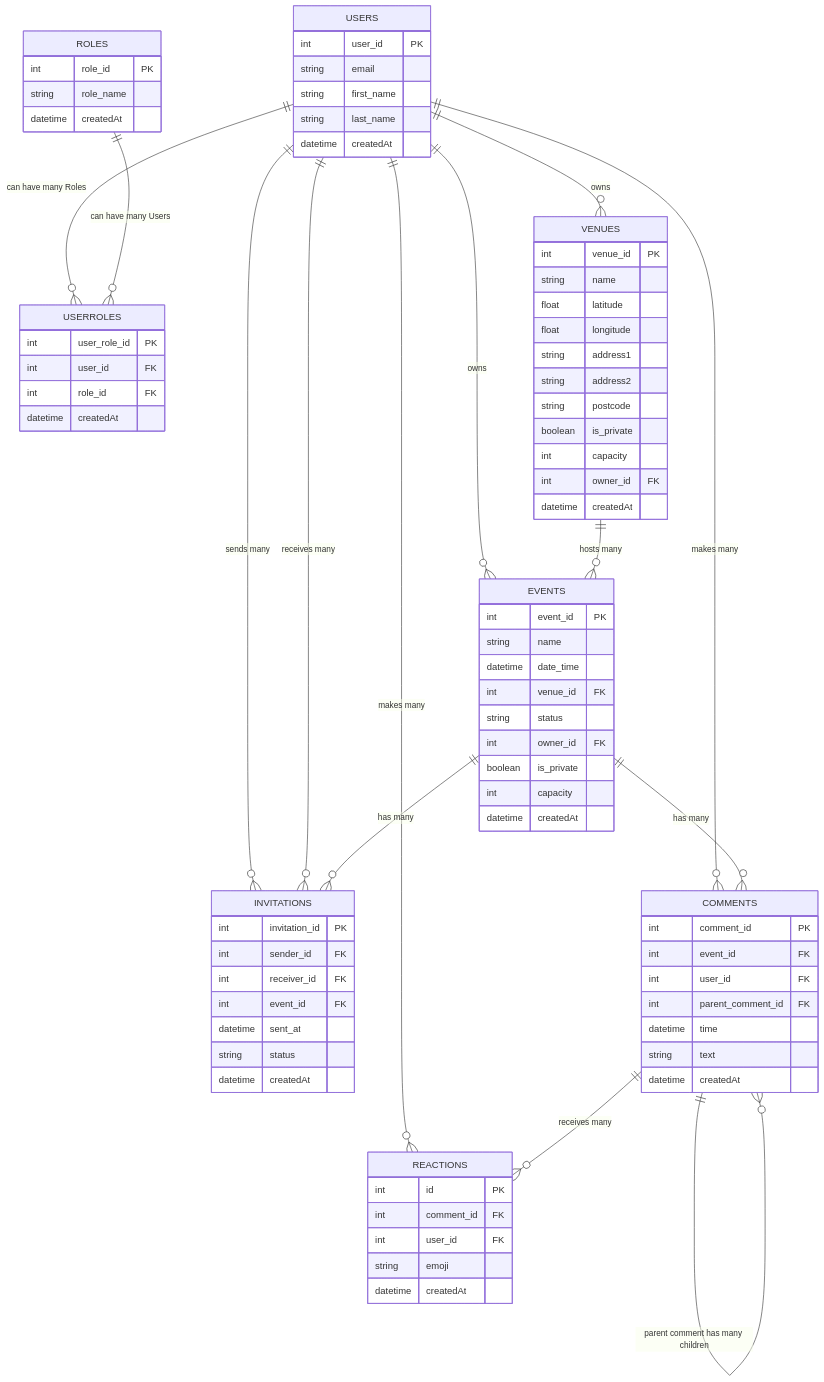
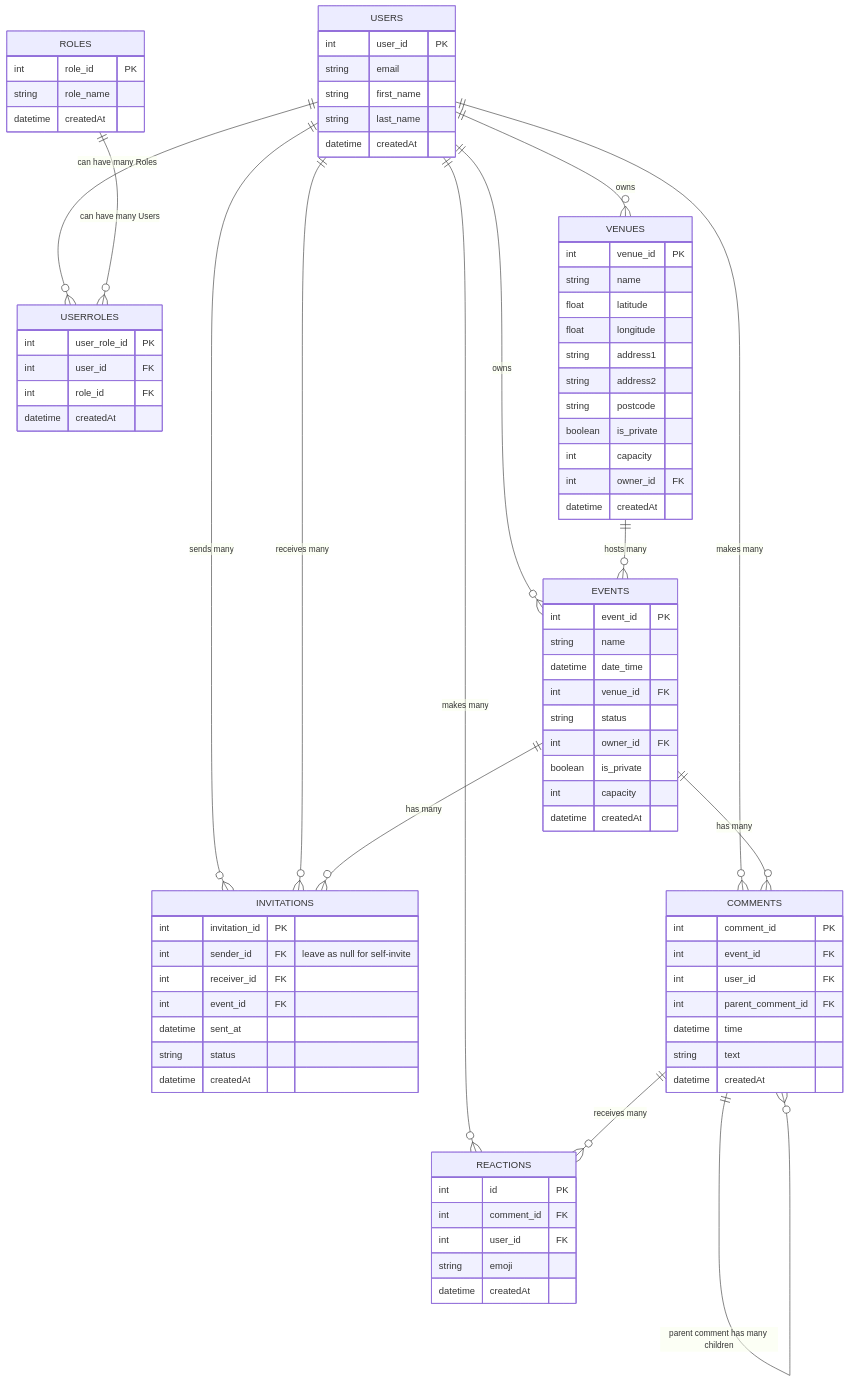
One commit to rossmawd/silver-spoon changed the diagram in relational-db-mark-one.mermaid. Above: the diagram before and after it, drawn with Mermaid.

Commit message:
added comment to explain 'self-invite'

```diff
--- a/relational-db-mark-one.mermaid
+++ b/relational-db-mark-one.mermaid
@@ -1,90 +1,90 @@
 erDiagram
 
     USERS {
         int user_id PK
         string email
         string first_name
         string last_name
         datetime createdAt
     }
     
     ROLES {
         int role_id PK
         string role_name
         datetime createdAt
     }
     
     USERROLES {
         int user_role_id PK
         int user_id FK
         int role_id FK
         datetime createdAt
     }
     
     EVENTS {
         int event_id PK
         string name
         datetime date_time
         int venue_id FK
         string status
         int owner_id FK
         boolean is_private
         int capacity
         datetime createdAt
     }
     
     VENUES {
         int venue_id PK
         string name
         float latitude
         float longitude
         string address1
         string address2
         string postcode
         boolean is_private
         int capacity
         int owner_id FK
         datetime createdAt
     }
     
     INVITATIONS {
         int invitation_id PK
-        int sender_id FK
+        int sender_id FK "leave as null for self-invite"
         int receiver_id FK
         int event_id FK
         datetime sent_at
         string status
         datetime createdAt
     }
     
     COMMENTS {
         int comment_id PK
         int event_id FK
         int user_id FK
         int parent_comment_id FK
         datetime time
         string text
         datetime createdAt
     }
     
     REACTIONS {
         int id PK
         int comment_id FK
         int user_id FK
         string emoji
         datetime createdAt
     }
 
     USERS ||--o{ USERROLES: "can have many Roles"
     ROLES ||--o{ USERROLES: "can have many Users"
     USERS ||--o{ EVENTS: "owns"
     USERS ||--o{ VENUES: "owns"
     USERS ||--o{ COMMENTS: "makes many"
     USERS ||--o{ REACTIONS: "makes many"
     EVENTS ||--o{ COMMENTS: "has many"
     COMMENTS ||--o{ REACTIONS: "receives many"
     COMMENTS ||--o{ COMMENTS: "parent comment has many children"
     VENUES ||--o{ EVENTS: "hosts many"
     USERS ||--o{ INVITATIONS: "sends many"
     USERS ||--o{ INVITATIONS: "receives many"
     EVENTS ||--o{ INVITATIONS: "has many"
```
